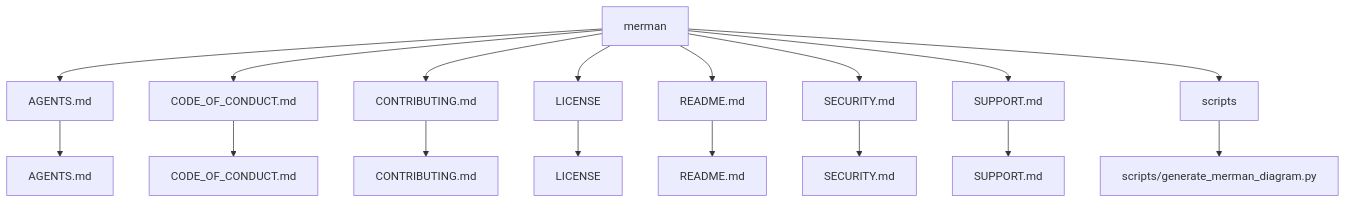
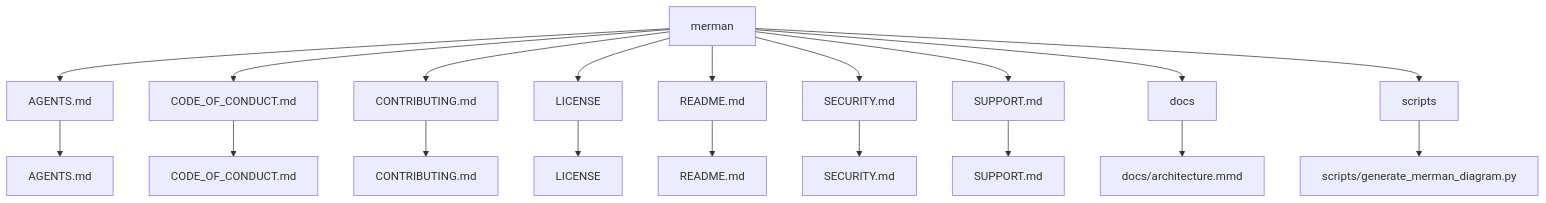
One commit to bell-kevin/merman changed the diagram in docs/architecture.mmd. Above: the diagram before and after it, drawn with Mermaid.

Commit message:
chore: refresh architecture diagram

```diff
--- a/docs/architecture.mmd
+++ b/docs/architecture.mmd
@@ -1,37 +1,41 @@
 %% Generated by merman. DO NOT EDIT BY HAND.
 flowchart TD
     root["merman"]
     component_AGENTS_md["AGENTS.md"]
     root --> component_AGENTS_md
     component_CODE_OF_CONDUCT_md["CODE_OF_CONDUCT.md"]
     root --> component_CODE_OF_CONDUCT_md
     component_CONTRIBUTING_md["CONTRIBUTING.md"]
     root --> component_CONTRIBUTING_md
     component_LICENSE["LICENSE"]
     root --> component_LICENSE
     component_README_md["README.md"]
     root --> component_README_md
     component_SECURITY_md["SECURITY.md"]
     root --> component_SECURITY_md
     component_SUPPORT_md["SUPPORT.md"]
     root --> component_SUPPORT_md
+    component_docs["docs"]
+    root --> component_docs
     component_scripts["scripts"]
     root --> component_scripts
 
     %% Sample of files per component
     file_AGENTS_md["AGENTS.md"]
     component_AGENTS_md --> file_AGENTS_md
     file_CODE_OF_CONDUCT_md["CODE_OF_CONDUCT.md"]
     component_CODE_OF_CONDUCT_md --> file_CODE_OF_CONDUCT_md
     file_CONTRIBUTING_md["CONTRIBUTING.md"]
     component_CONTRIBUTING_md --> file_CONTRIBUTING_md
     file_LICENSE["LICENSE"]
     component_LICENSE --> file_LICENSE
     file_README_md["README.md"]
     component_README_md --> file_README_md
     file_SECURITY_md["SECURITY.md"]
     component_SECURITY_md --> file_SECURITY_md
     file_SUPPORT_md["SUPPORT.md"]
     component_SUPPORT_md --> file_SUPPORT_md
+    file_docs_architecture_mmd["docs/architecture.mmd"]
+    component_docs --> file_docs_architecture_mmd
     file_scripts_generate_merman_diagram_py["scripts/generate_merman_diagram.py"]
     component_scripts --> file_scripts_generate_merman_diagram_py
```
